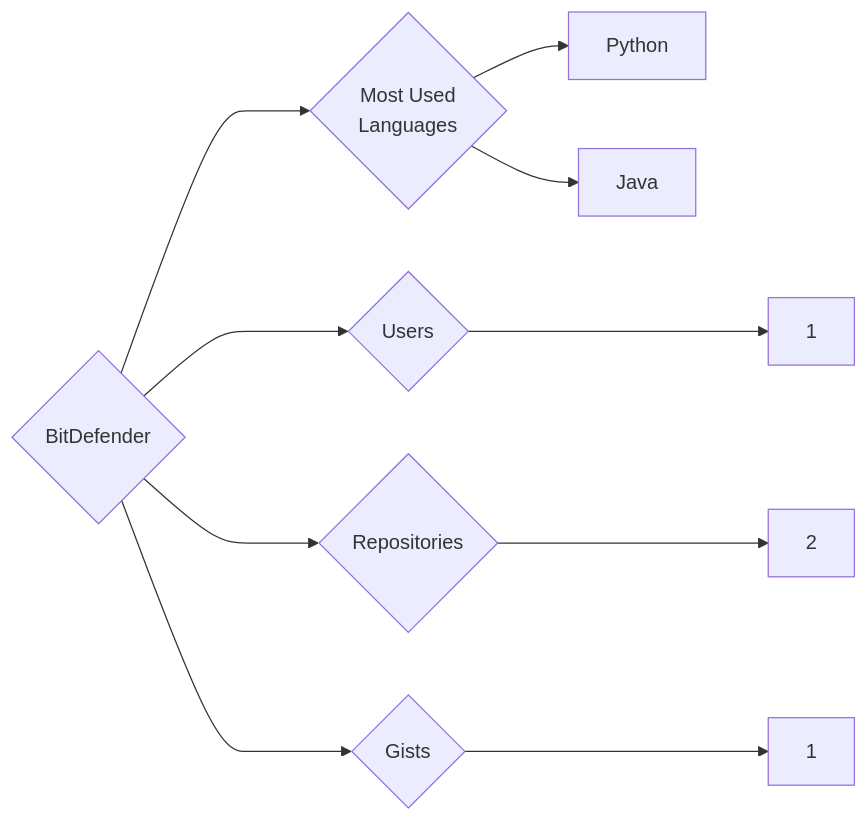
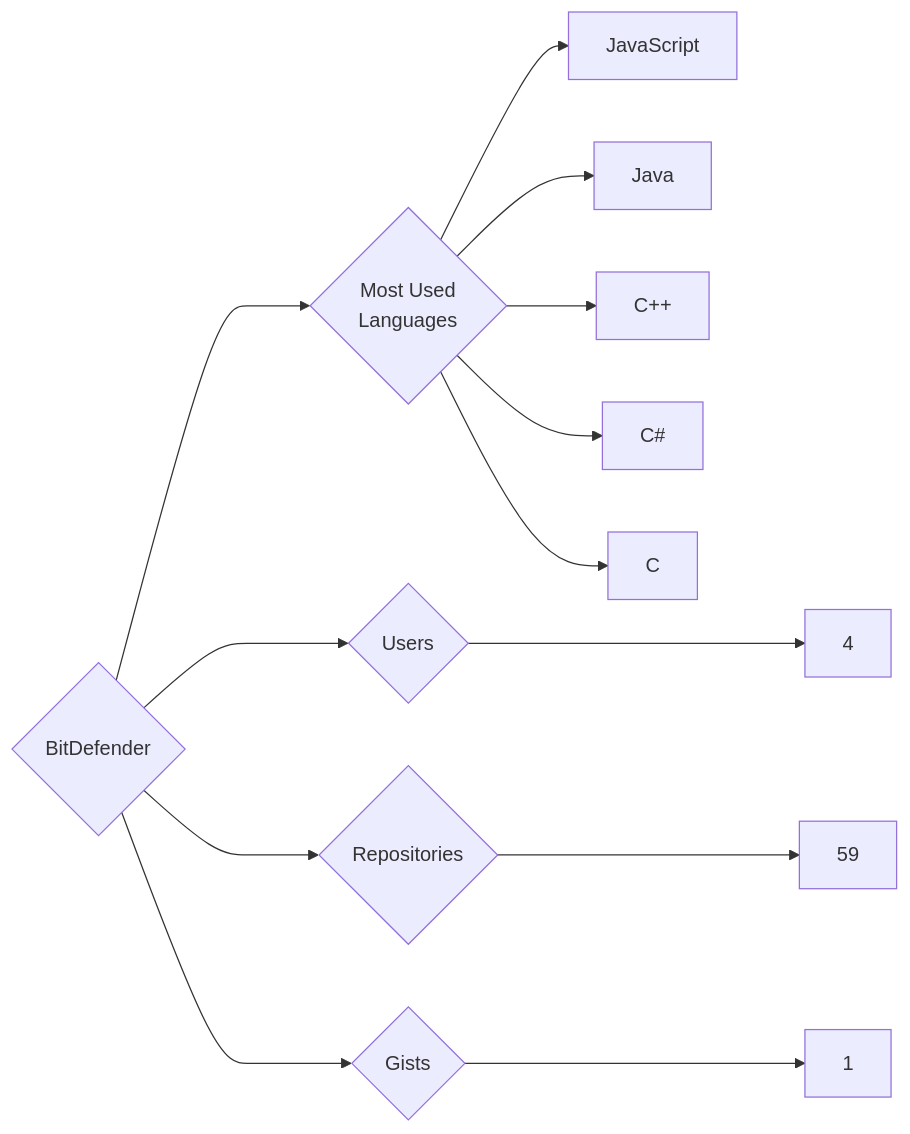
Before and after one commit to trickest/insiders: the diagram in targets/BitDefender/README.md, drawn with Mermaid. The commit also changed 912 other files, not shown here.

````diff
--- a/targets/BitDefender/README.md
+++ b/targets/BitDefender/README.md
@@ -3,10 +3,13 @@
 ```mermaid
 graph LR
 COMPANY_NAME{BitDefender}
-COMPANY_NAME ---> U{Users} ---> UN[1]
-COMPANY_NAME ---> R{Repositories} ---> RN[2]
+COMPANY_NAME ---> U{Users} ---> UN[4]
+COMPANY_NAME ---> R{Repositories} ---> RN[59]
 COMPANY_NAME ---> G{Gists} ---> GN[1]
 COMPANY_NAME ---> ML{Most Used<br>Languages}
-ML --> Python[Python]
+ML --> JavaScript[JavaScript]
 ML --> Java[Java]
+ML --> C++[C++]
+ML --> C#[C#]
+ML --> C[C]
 ```
````
